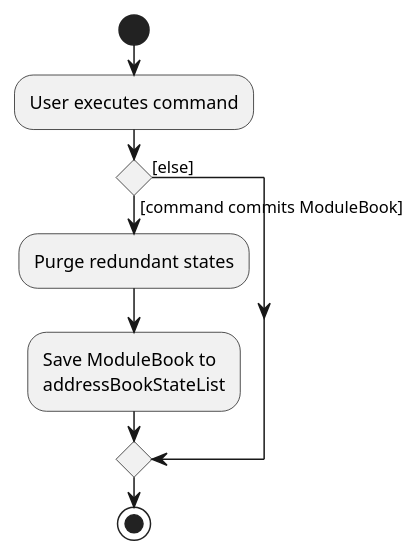
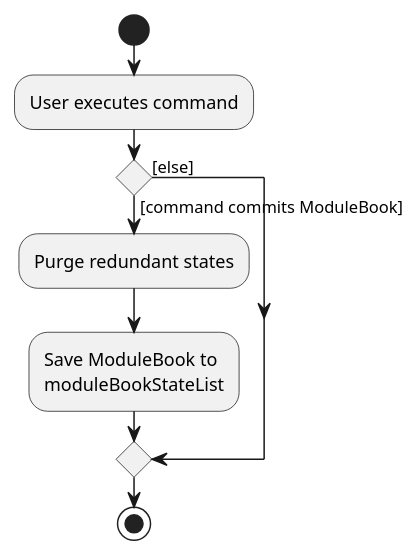
The diagram in docs/diagrams/CommitActivityDiagram.puml (nus-cs2103-AY2021S2/tp), drawn with PlantUML before and after one commit. The commit also changed 29 other files, not shown here.

```diff
--- a/docs/diagrams/CommitActivityDiagram.puml
+++ b/docs/diagrams/CommitActivityDiagram.puml
@@ -1,15 +1,15 @@
 @startuml
 start
 :User executes command;
 
 'Since the beta syntax does not support placing the condition outside the
 'diamond we place it as the true branch instead.
 
 if () then ([command commits ModuleBook])
     :Purge redundant states;
     :Save ModuleBook to
-    addressBookStateList;
+    moduleBookStateList;
 else ([else])
 endif
 stop
 @enduml
```
